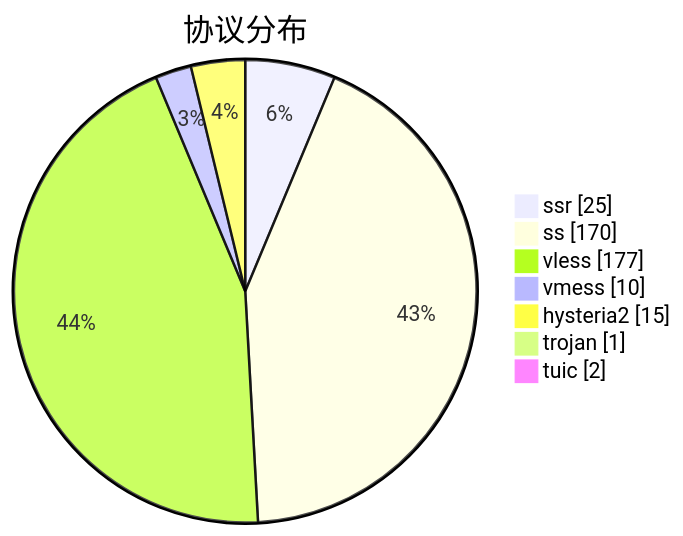
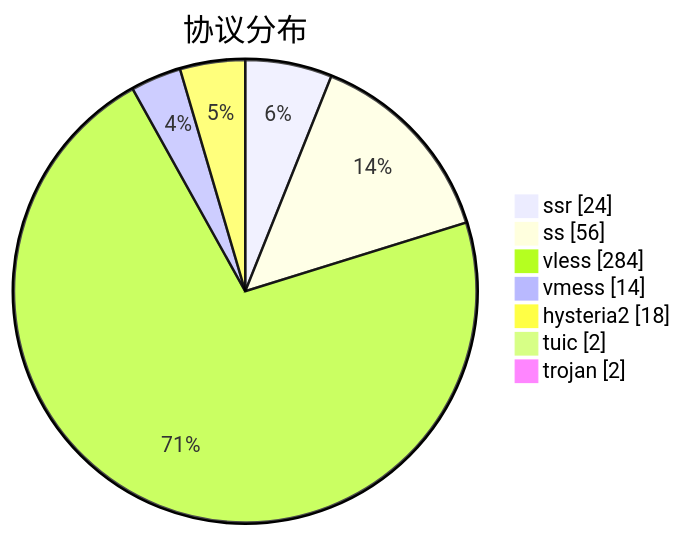
Before and after one commit to qjlxg/airport: the third of 3 diagrams in subs/statistics/tested_within.md, drawn with Mermaid. The commit also changed other lines of this file and 2 other files, not shown here.

````diff
--- a/subs/statistics/tested_within.md
+++ b/subs/statistics/tested_within.md
@@ -32,11 +32,11 @@
 ```mermaid
 pie showData
 title 协议分布
-"ssr" : 25
-"ss" : 170
-"vless" : 177
-"vmess" : 10
-"hysteria2" : 15
-"trojan" : 1
+"ssr" : 24
+"ss" : 56
+"vless" : 284
+"vmess" : 14
+"hysteria2" : 18
 "tuic" : 2
+"trojan" : 2
 ```
````
